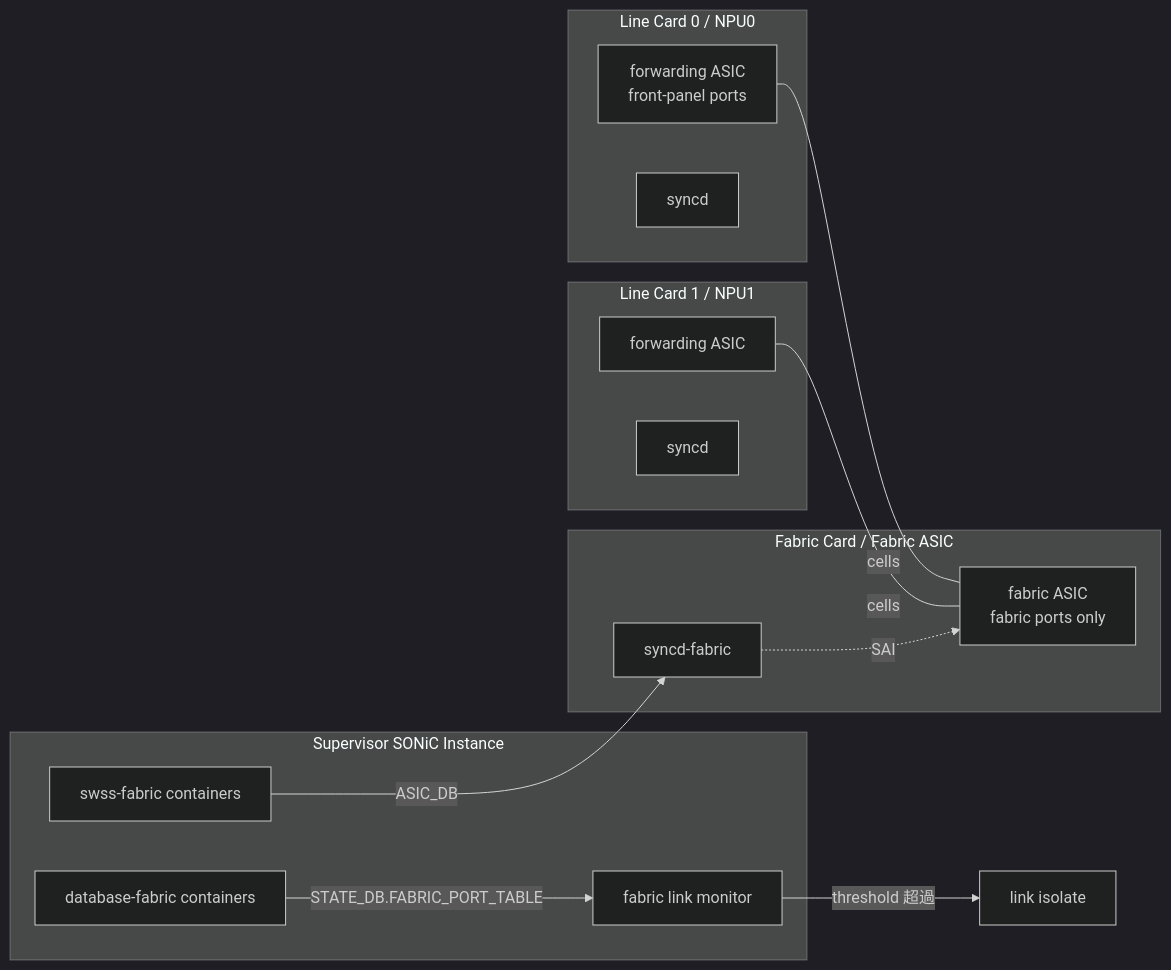
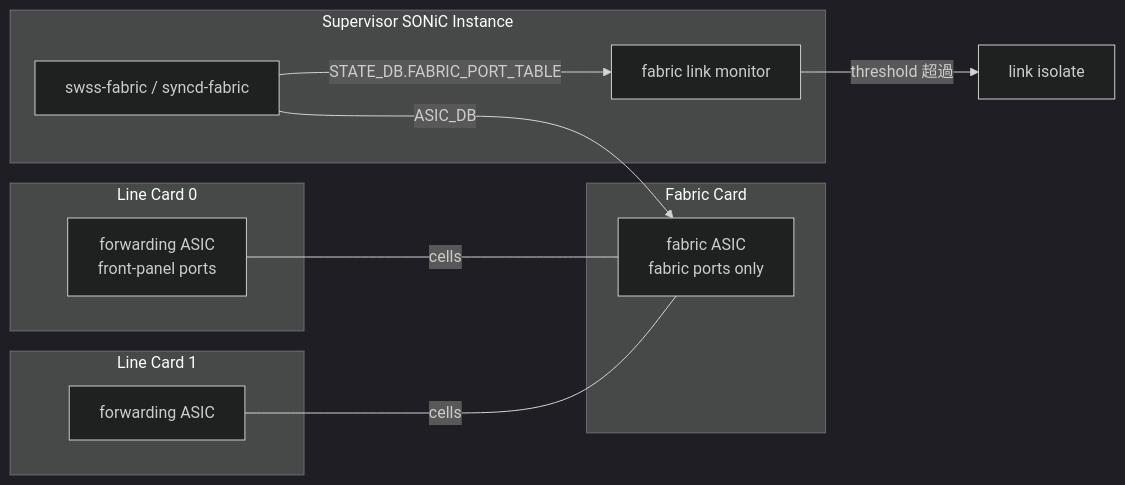
The diagram in docs/platform/fabric-port-support-on-sonic.md (aoki-taquan/sonic-unofficial-docs), drawn with Mermaid (dark theme) before and after one commit. The commit also changed other lines of this file and 5 other files, not shown here.

````diff
--- a/docs/platform/fabric-port-support-on-sonic.md
+++ b/docs/platform/fabric-port-support-on-sonic.md
@@ -95,26 +49,21 @@
 ```mermaid
 flowchart LR
-  subgraph LC0[Line Card 0 / NPU0]
+  subgraph LC0[Line Card 0]
     F0[forwarding ASIC<br/>front-panel ports]
-    SY0[syncd]
   end
-  subgraph LC1[Line Card 1 / NPU1]
+  subgraph LC1[Line Card 1]
     F1[forwarding ASIC]
-    SY1[syncd]
   end
-  subgraph FAB[Fabric Card / Fabric ASIC]
+  subgraph FAB[Fabric Card]
     FA[fabric ASIC<br/>fabric ports only]
-    SYF[syncd-fabric]
   end
   subgraph SSI[Supervisor SONiC Instance]
-    DBC[database-fabric containers]
-    SS[swss-fabric containers]
+    SS[swss-fabric / syncd-fabric]
     FMG[fabric link monitor]
   end
   F0 ---|cells| FA
   F1 ---|cells| FA
-  SYF -.SAI.-> FA
-  SS -- ASIC_DB --> SYF
-  DBC -- STATE_DB.FABRIC_PORT_TABLE --> FMG
+  SS -- ASIC_DB --> FA
+  SS -- STATE_DB.FABRIC_PORT_TABLE --> FMG
   FMG -->|threshold 超過| ISOLATE[link isolate]
 ```
````
